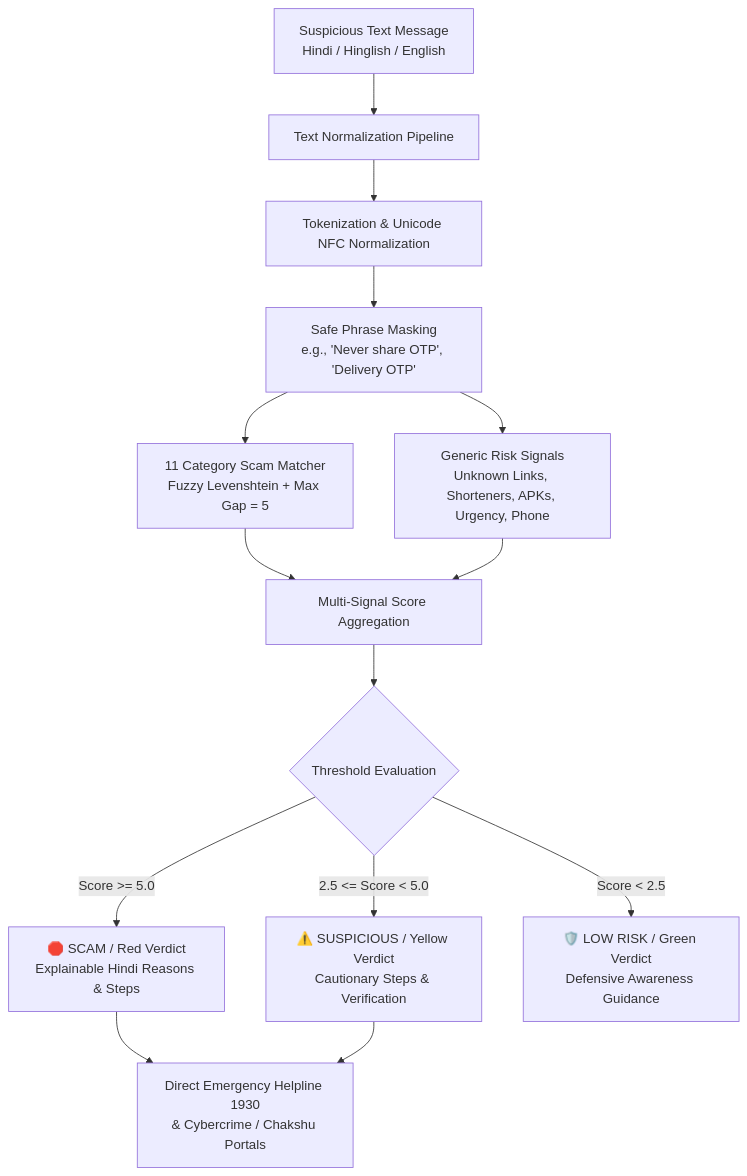
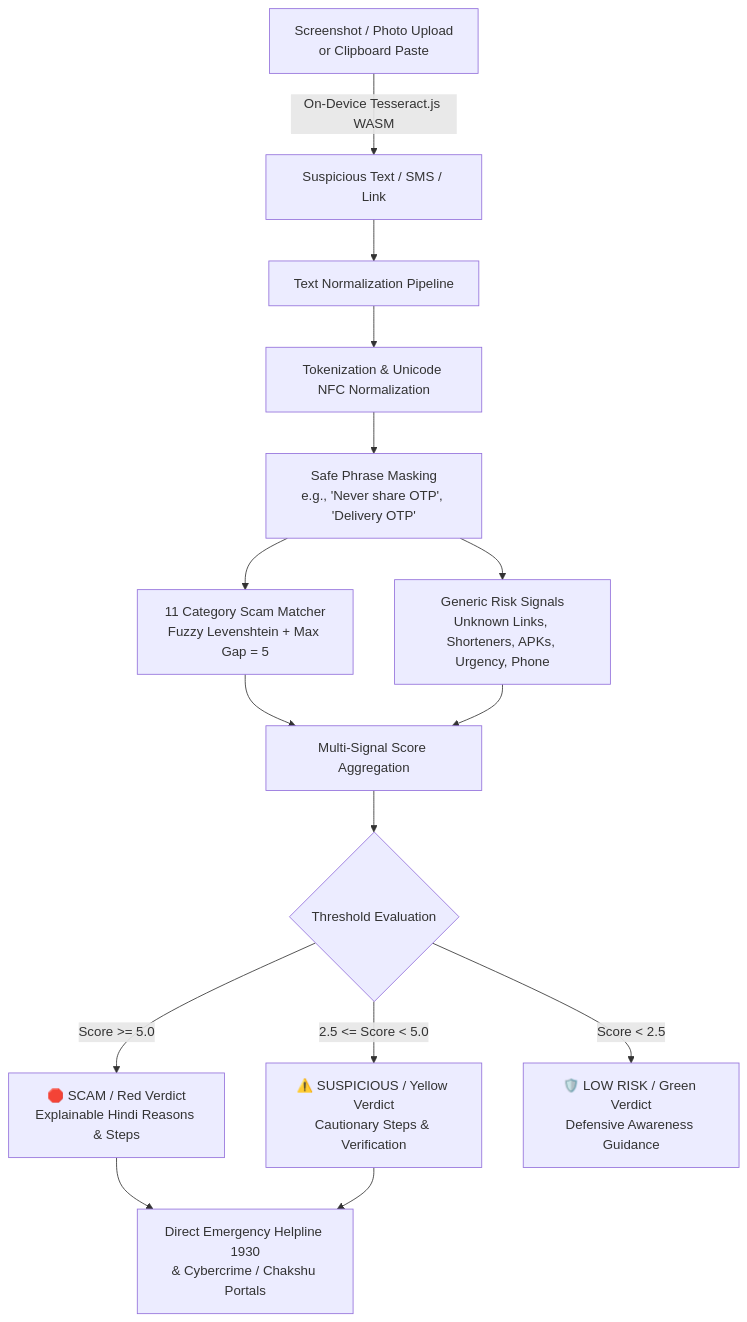
One commit to Ayushman1109/Scam-Saathi changed the diagram in ARCHITECTURE.md. Above: the diagram before and after it, drawn with Mermaid. The commit also changed other lines of this file and 2 other files, not shown here.

Commit message:
feat: add on-device screenshot OCR scanner with bilingual support and drag-drop

````diff
--- a/ARCHITECTURE.md
+++ b/ARCHITECTURE.md
@@ -13,16 +13,17 @@
 ```mermaid
 flowchart TD
-    A[Suspicious Text Message\nHindi / Hinglish / English] --> B[Text Normalization Pipeline]
+    A1[Suspicious Text / SMS / Link] --> B[Text Normalization Pipeline]
+    A2[Screenshot / Photo Upload\nor Clipboard Paste] -->|On-Device Tesseract.js WASM| A1
     B --> C[Tokenization & Unicode NFC Normalization]
     C --> D[Safe Phrase Masking\ne.g., 'Never share OTP', 'Delivery OTP']
     D --> E[11 Category Scam Matcher\nFuzzy Levenshtein + Max Gap = 5]
     D --> F[Generic Risk Signals\nUnknown Links, Shorteners, APKs, Urgency, Phone]
     E --> G[Multi-Signal Score Aggregation]
     F --> G
     G --> H{Threshold Evaluation}
     H -->|Score >= 5.0| I[🛑 SCAM / Red Verdict\nExplainable Hindi Reasons & Steps]
     H -->|2.5 <= Score < 5.0| J[⚠️ SUSPICIOUS / Yellow Verdict\nCautionary Steps & Verification]
     H -->|Score < 2.5| K[🛡️ LOW RISK / Green Verdict\nDefensive Awareness Guidance]
     I --> L[Direct Emergency Helpline 1930\n& Cybercrime / Chakshu Portals]
     J --> L
 ```
````
